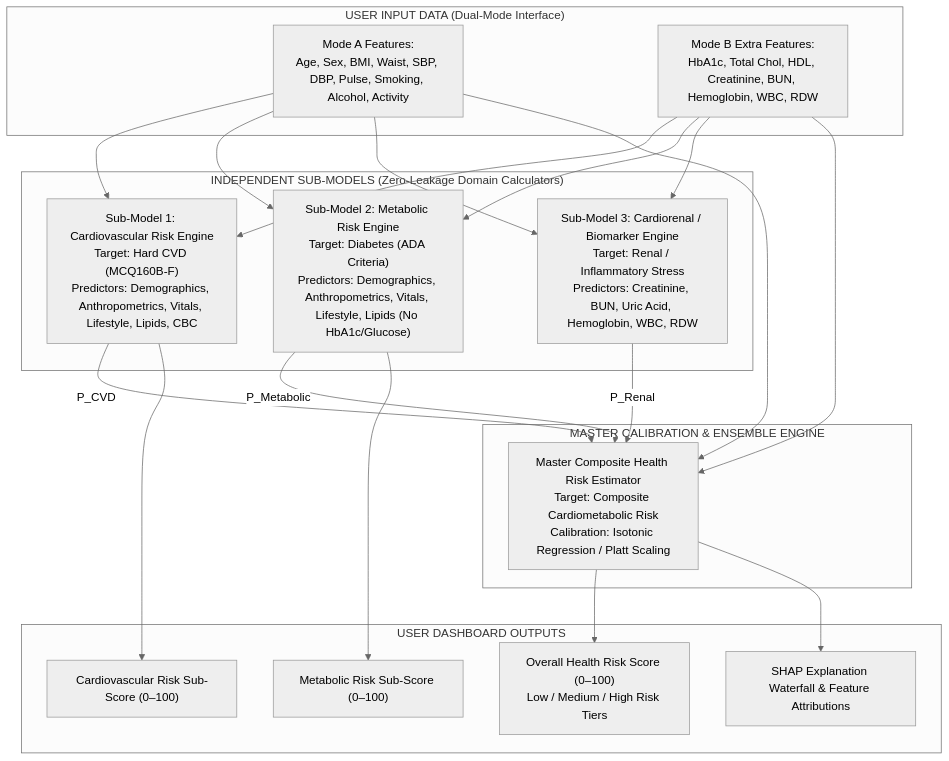
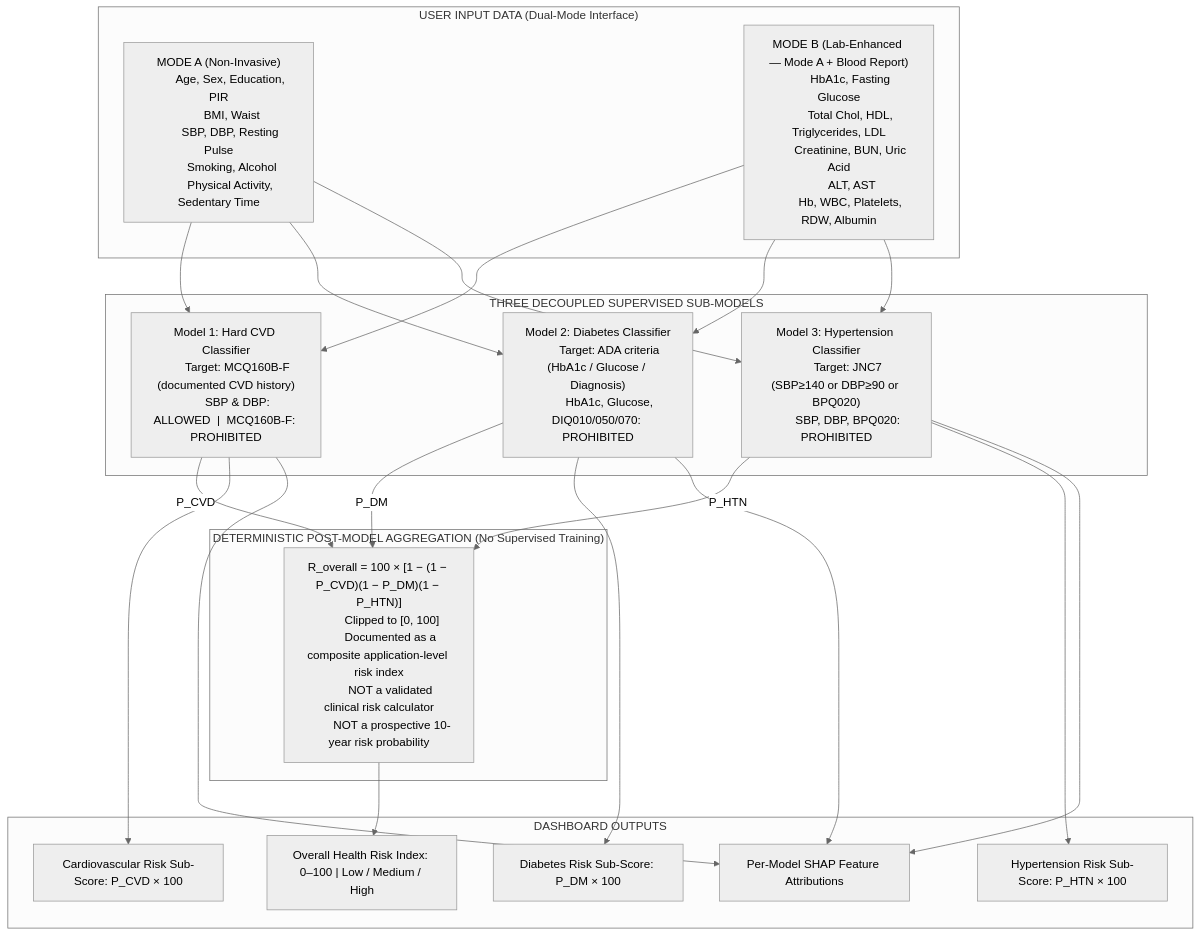
The first of 2 diagrams in backend/ml/data/MODEL_V2_DESIGN.md (nmit-1NT23CS201/AI-Health-Risk-Scoring-System), drawn with Mermaid (neutral theme) before and after one commit. The commit also changed other lines of this file and 2 other files, not shown here.

````diff
--- a/backend/ml/data/MODEL_V2_DESIGN.md
+++ b/backend/ml/data/MODEL_V2_DESIGN.md
@@ -187,36 +42,56 @@
 ```mermaid
 flowchart TD
     subgraph INPUTS["USER INPUT DATA (Dual-Mode Interface)"]
-        MA["Mode A Features:<br>Age, Sex, BMI, Waist, SBP, DBP, Pulse, Smoking, Alcohol, Activity"]
-        MB["Mode B Extra Features:<br>HbA1c, Total Chol, HDL, Creatinine, BUN, Hemoglobin, WBC, RDW"]
+        MA["MODE A (Non-Invasive)
+        Age, Sex, Education, PIR
+        BMI, Waist
+        SBP, DBP, Resting Pulse
+        Smoking, Alcohol
+        Physical Activity, Sedentary Time"]
+        MB["MODE B (Lab-Enhanced — Mode A + Blood Report)
+        HbA1c, Fasting Glucose
+        Total Chol, HDL, Triglycerides, LDL
+        Creatinine, BUN, Uric Acid
+        ALT, AST
+        Hb, WBC, Platelets, RDW, Albumin"]
     end
 
-    subgraph SUB_MODELS["INDEPENDENT SUB-MODELS (Zero-Leakage Domain Calculators)"]
-        M1["Sub-Model 1: Cardiovascular Risk Engine<br>Target: Hard CVD (MCQ160B-F)<br>Predictors: Demographics, Anthropometrics, Vitals, Lifestyle, Lipids, CBC"]
-        M2["Sub-Model 2: Metabolic Risk Engine<br>Target: Diabetes (ADA Criteria)<br>Predictors: Demographics, Anthropometrics, Vitals, Lifestyle, Lipids (No HbA1c/Glucose)"]
-        M3["Sub-Model 3: Cardiorenal / Biomarker Engine<br>Target: Renal / Inflammatory Stress<br>Predictors: Creatinine, BUN, Uric Acid, Hemoglobin, WBC, RDW"]
+    subgraph MODELS["THREE DECOUPLED SUPERVISED SUB-MODELS"]
+        M1["Model 1: Hard CVD Classifier
+        Target: MCQ160B-F (documented CVD history)
+        SBP & DBP: ALLOWED  |  MCQ160B-F: PROHIBITED"]
+        M2["Model 2: Diabetes Classifier
+        Target: ADA criteria (HbA1c / Glucose / Diagnosis)
+        HbA1c, Glucose, DIQ010/050/070: PROHIBITED"]
+        M3["Model 3: Hypertension Classifier
+        Target: JNC7 (SBP≥140 or DBP≥90 or BPQ020)
+        SBP, DBP, BPQ020: PROHIBITED"]
     end
 
-    subgraph MASTER["MASTER CALIBRATION & ENSEMBLE ENGINE"]
-        MASTER_ENG["Master Composite Health Risk Estimator<br>Target: Composite Cardiometabolic Risk<br>Calibration: Isotonic Regression / Platt Scaling"]
+    subgraph AGGREGATION["DETERMINISTIC POST-MODEL AGGREGATION (No Supervised Training)"]
+        AGG["R_overall = 100 × [1 − (1 − P_CVD)(1 − P_DM)(1 − P_HTN)]
+        Clipped to [0, 100]
+        Documented as a composite application-level risk index
+        NOT a validated clinical risk calculator
+        NOT a prospective 10-year risk probability"]
     end
 
-    subgraph OUTPUTS["USER DASHBOARD OUTPUTS"]
-        O1["Overall Health Risk Score (0–100)<br>Low / Medium / High Risk Tiers"]
-        O2["Cardiovascular Risk Sub-Score (0–100)"]
-        O3["Metabolic Risk Sub-Score (0–100)"]
-        O4["SHAP Explanation Waterfall & Feature Attributions"]
+    subgraph OUTPUT["DASHBOARD OUTPUTS"]
+        O1["Overall Health Risk Index: 0–100 | Low / Medium / High"]
+        O2["Cardiovascular Risk Sub-Score: P_CVD × 100"]
+        O3["Diabetes Risk Sub-Score: P_DM × 100"]
+        O4["Hypertension Risk Sub-Score: P_HTN × 100"]
+        O5["Per-Model SHAP Feature Attributions"]
     end
 
-    MA --> M1 & M2 & M3 & MASTER_ENG
-    MB --> M1 & M2 & M3 & MASTER_ENG
-
-    M1 -->|P_CVD| MASTER_ENG
-    M2 -->|P_Metabolic| MASTER_ENG
-    M3 -->|P_Renal| MASTER_ENG
-
-    MASTER_ENG --> O1
+    MA --> M1 & M2 & M3
+    MB --> M1 & M2 & M3
+    M1 -->|P_CVD| AGG
+    M2 -->|P_DM| AGG
+    M3 -->|P_HTN| AGG
+    AGG --> O1
     M1 --> O2
     M2 --> O3
-    MASTER_ENG --> O4
+    M3 --> O4
+    M1 & M2 & M3 --> O5
 ```
````
